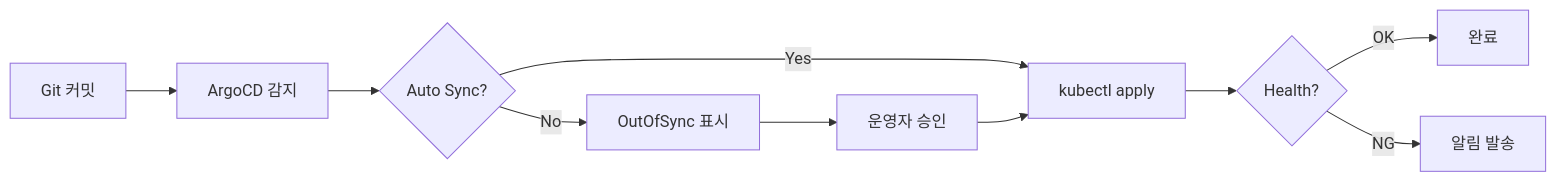
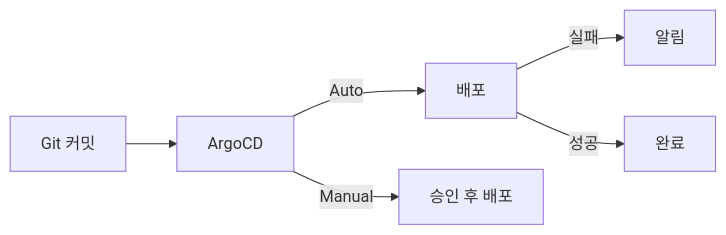
One commit to yjkim2015/yjkim2015.github.io changed the fourth of 7 diagrams in _posts/cicd/2026-05-03-gitops-argocd.md. Above: the diagram before and after it, drawn with Mermaid. The commit also changed other lines of this file and 163 other files, not shown here.

First line of the commit message:
Mermaid 300개 블록 내용 축소: 5노드 5엣지 이하, 의미 있는 약어

````diff
--- a/_posts/cicd/2026-05-03-gitops-argocd.md
+++ b/_posts/cicd/2026-05-03-gitops-argocd.md
@@ -160,12 +160,8 @@
 ```mermaid
-flowchart LR
-    COMMIT["Git 커밋"] --> DETECT["ArgoCD 감지"]
-    DETECT --> CHECK{"Auto Sync?"}
-    CHECK -->|"Yes"| APPLY["kubectl apply"]
-    CHECK -->|"No"| WAIT["OutOfSync 표시"]
-    WAIT --> APPROVE["운영자 승인"]
-    APPROVE --> APPLY
-    APPLY --> HEALTH{"Health?"}
-    HEALTH -->|"OK"| DONE["완료"]
-    HEALTH -->|"NG"| ALERT["알림 발송"]
+graph LR
+    COMMIT["Git 커밋"] --> ARGO["ArgoCD"]
+    ARGO -->|"Auto"| APPLY["배포"]
+    ARGO -->|"Manual"| APPROVE["승인 후 배포"]
+    APPLY -->|"실패"| ALERT["알림"]
+    APPLY -->|"성공"| DONE["완료"]
 ```
````
